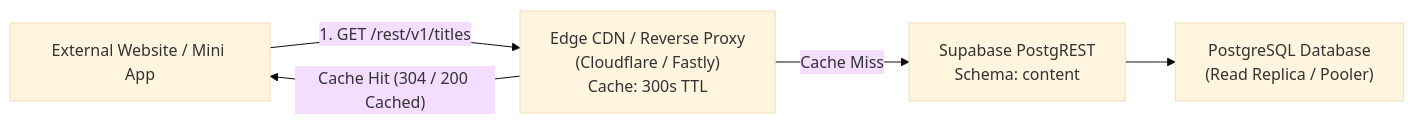
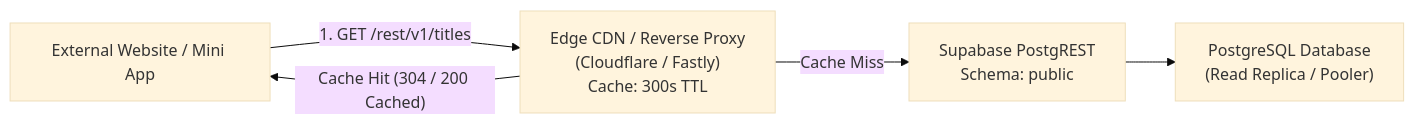
One commit to s3327/dramashort-app changed the diagram in docs/architecture/reusable-content-api.md. Above: the diagram before and after it, drawn with Mermaid (base theme). The commit also changed other lines of this file and 10 other files, not shown here.

````diff
--- a/docs/architecture/reusable-content-api.md
+++ b/docs/architecture/reusable-content-api.md
@@ -214,12 +175,12 @@
 ```mermaid
 flowchart LR
     Consumer["External Website / Mini App"]
     EdgeCDN["Edge CDN / Reverse Proxy<br/>(Cloudflare / Fastly)<br/>Cache: 300s TTL"]
-    PostgREST["Supabase PostgREST<br/>Schema: content"]
+    PostgREST["Supabase PostgREST<br/>Schema: public"]
     Postgres["PostgreSQL Database<br/>(Read Replica / Pooler)"]
 
     Consumer -->|1. GET /rest/v1/titles| EdgeCDN
     EdgeCDN -- Cache Miss --> PostgREST
     PostgREST --> Postgres
     EdgeCDN -- Cache Hit (304 / 200 Cached) --> Consumer
 ```
````
